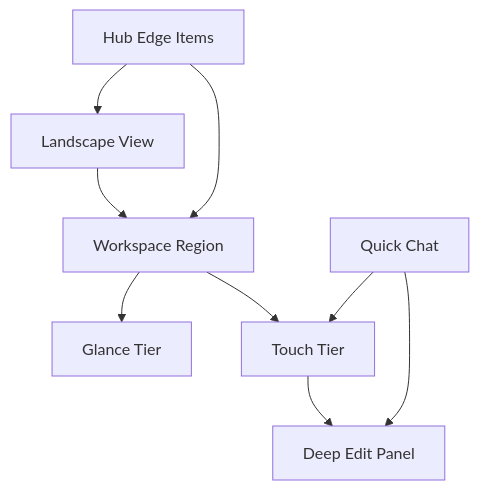
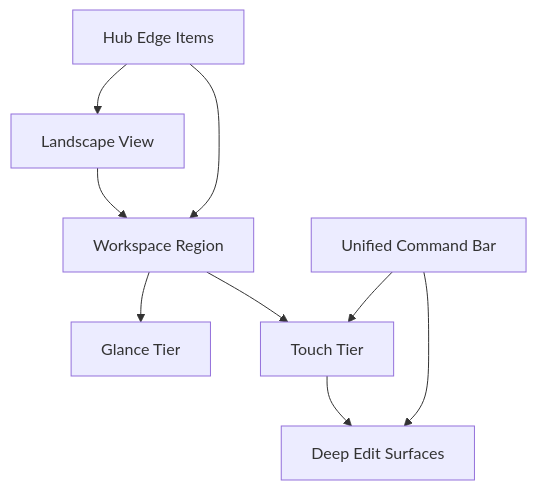
Before and after one commit to Thunderboltdy-10/spectra: the first of 5 diagrams in docs/archive/workspace-redesign-execution-spec.md, drawn with Mermaid. The commit also changed other lines of this file and 32 other files, not shown here.

````diff
--- a/docs/archive/workspace-redesign-execution-spec.md
+++ b/docs/archive/workspace-redesign-execution-spec.md
@@ -19,11 +22,11 @@
 ```mermaid
 flowchart TD
   L[Landscape View] --> W[Workspace Region]
   W --> G[Glance Tier]
   W --> T[Touch Tier]
-  T --> D[Deep Edit Panel]
+  T --> D[Deep Edit Surfaces]
   H[Hub Edge Items] --> L
   H --> W
-  Q[Quick Chat] --> T
+  Q[Unified Command Bar] --> T
   Q --> D
 ```
````
